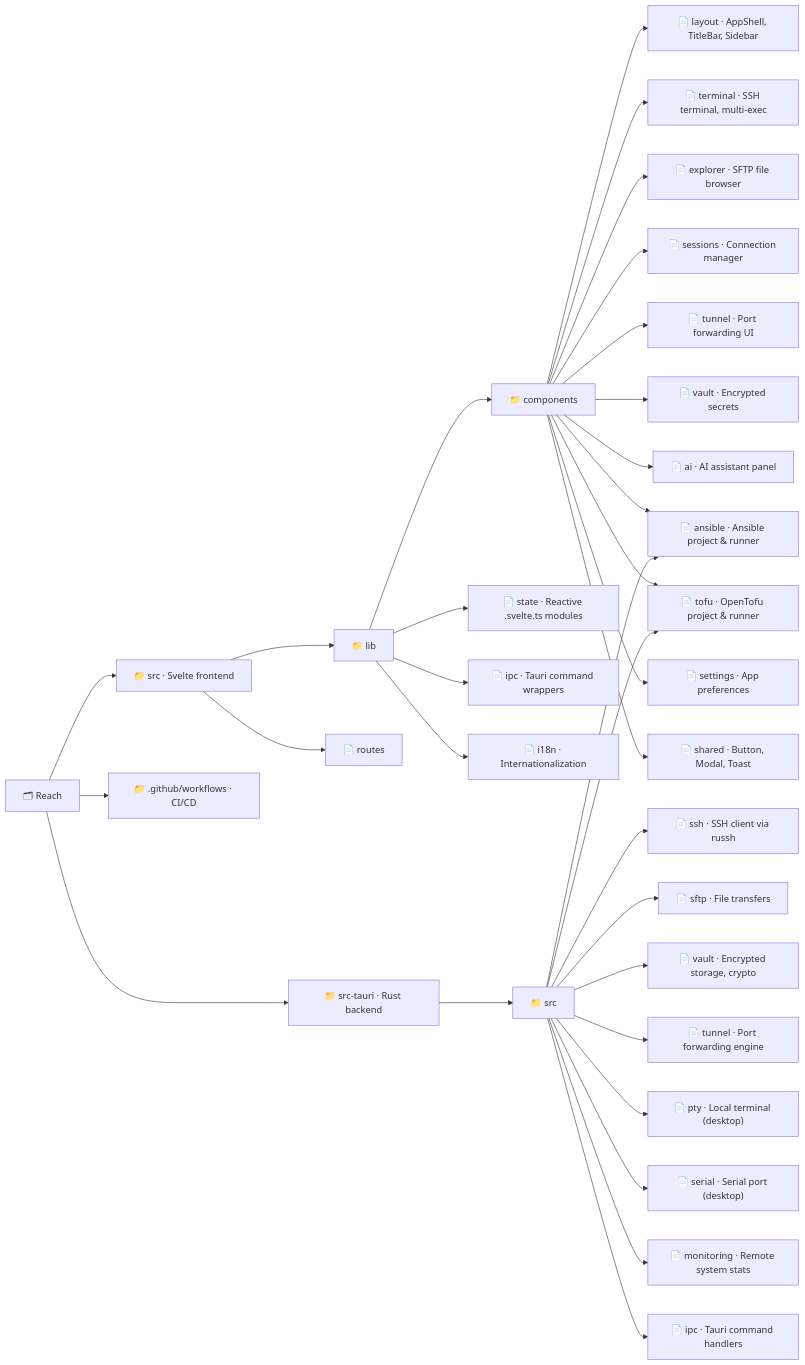
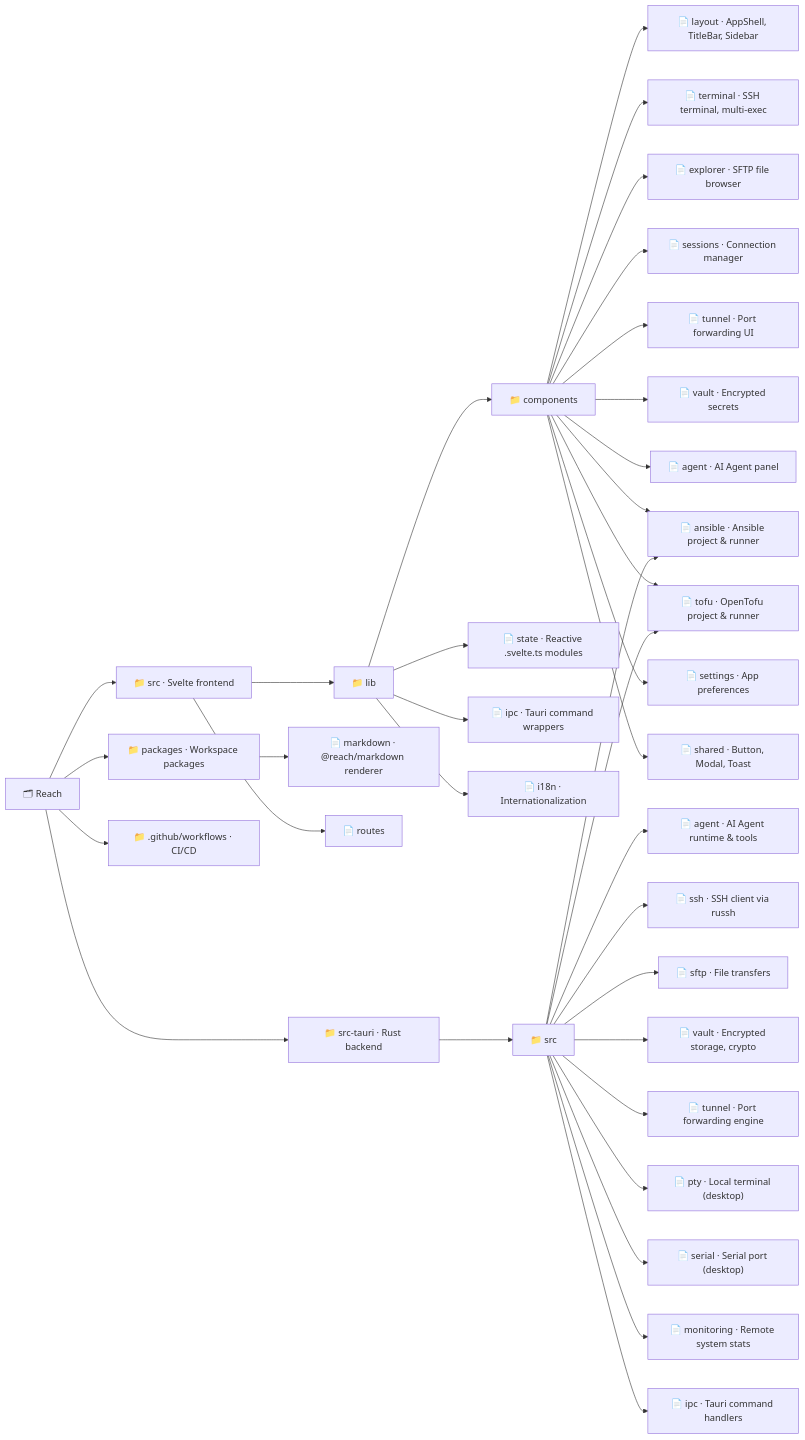
The diagram in README.md (CPTProgrammer/ReachQ), drawn with Mermaid before and after one commit. The commit also changed other lines of this file and 1 other file, not shown here.

````diff
--- a/README.md
+++ b/README.md
@@ -154,40 +177,44 @@
 ```mermaid
 graph LR
   root["🗂 Reach"]
 
   root --> src["📁 src · Svelte frontend"]
   root --> tauri["📁 src-tauri · Rust backend"]
+  root --> pkgs["📁 packages · Workspace packages"]
   root --> gh["📁 .github/workflows · CI/CD"]
+
+  pkgs --> md["📄 markdown · @reach/markdown renderer"]
 
   src --> routes["📄 routes"]
   src --> lib["📁 lib"]
 
   lib --> components["📁 components"]
   lib --> state["📄 state · Reactive .svelte.ts modules"]
   lib --> ipc["📄 ipc · Tauri command wrappers"]
   lib --> i18n["📄 i18n · Internationalization"]
 
   components --> layout["📄 layout · AppShell, TitleBar, Sidebar"]
   components --> terminal["📄 terminal · SSH terminal, multi-exec"]
   components --> explorer["📄 explorer · SFTP file browser"]
   components --> sessions["📄 sessions · Connection manager"]
   components --> tunnel["📄 tunnel · Port forwarding UI"]
   components --> vault["📄 vault · Encrypted secrets"]
-  components --> ai["📄 ai · AI assistant panel"]
+  components --> agent["📄 agent · AI Agent panel"]
   components --> ansible["📄 ansible · Ansible automation"]
   components --> tofu["📄 tofu · OpenTofu IaC"]
   components --> settings["📄 settings · App preferences"]
   components --> shared["📄 shared · Button, Modal, Toast"]
 
   tauri --> taurisrc["📁 src"]
+  taurisrc --> agentbe["📄 agent · AI Agent runtime & tools"]
   taurisrc --> ssh["📄 ssh · SSH client via russh"]
   taurisrc --> sftp["📄 sftp · File transfers"]
   taurisrc --> tvault["📄 vault · Encrypted storage, crypto"]
   taurisrc --> ttunnel["📄 tunnel · Port forwarding engine"]
   taurisrc --> pty["📄 pty · Local terminal (desktop)"]
   taurisrc --> serial["📄 serial · Serial port (desktop)"]
   taurisrc --> monitoring["📄 monitoring · Remote system stats"]
   taurisrc --> ansible["📄 ansible · Ansible project & runner"]
   taurisrc --> tofu["📄 tofu · OpenTofu project & runner"]
   taurisrc --> tipc["📄 ipc · Tauri command handlers"]
 ```
````
